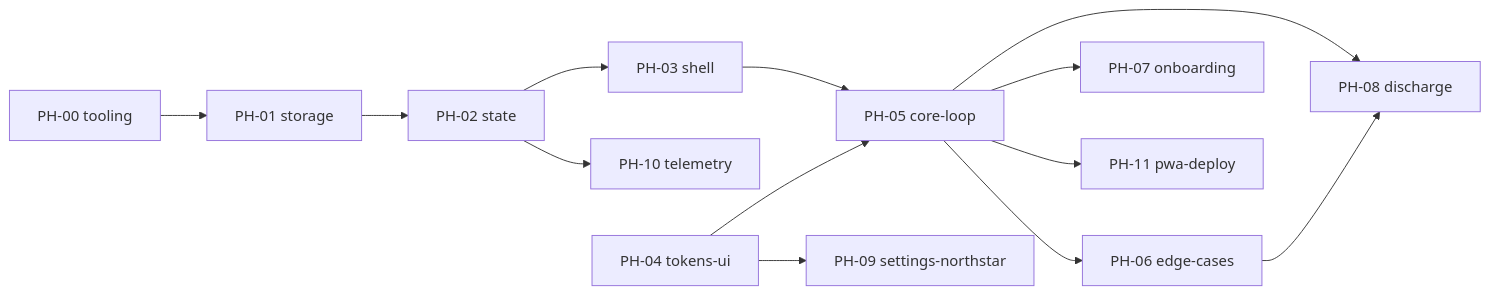
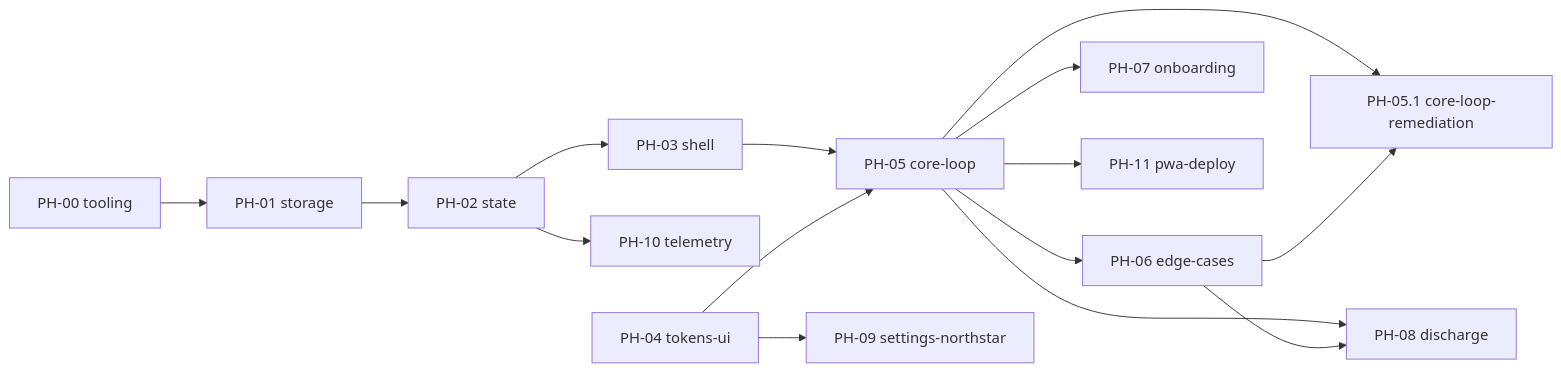
The diagram in docs/phases/README.md (Sparrowlim/com-pace), drawn with Mermaid before and after one commit. The commit also changed other lines of this file and 16 other files, not shown here.

````diff
--- a/docs/phases/README.md
+++ b/docs/phases/README.md
@@ -86,15 +93,17 @@
 ```mermaid
 flowchart LR
   PH00[PH-00 tooling] --> PH01[PH-01 storage]
   PH01 --> PH02[PH-02 state]
   PH02 --> PH03[PH-03 shell]
   PH02 --> PH10[PH-10 telemetry]
   PH03 --> PH05[PH-05 core-loop]
   PH04[PH-04 tokens-ui] --> PH05
   PH05 --> PH06[PH-06 edge-cases]
   PH05 --> PH07[PH-07 onboarding]
   PH05 --> PH08[PH-08 discharge]
+  PH05 --> PH051[PH-05.1 core-loop-remediation]
+  PH06 --> PH051
   PH06 --> PH08
   PH04 --> PH09[PH-09 settings-northstar]
   PH05 --> PH11[PH-11 pwa-deploy]
 ```
````
